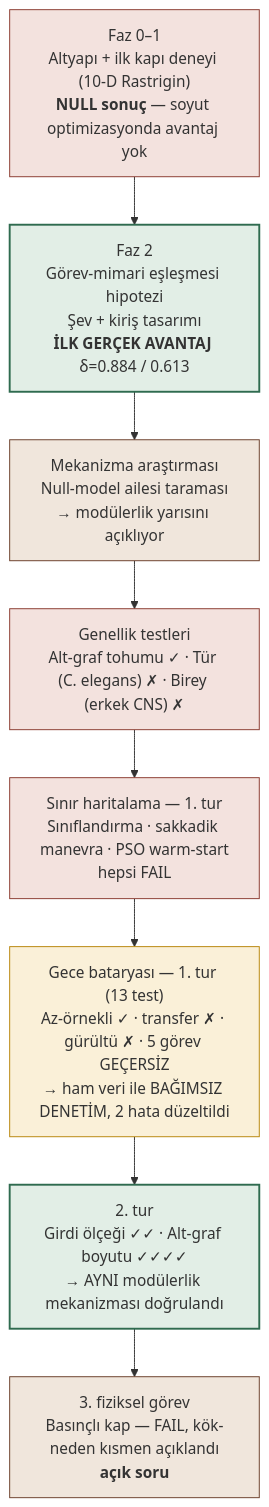
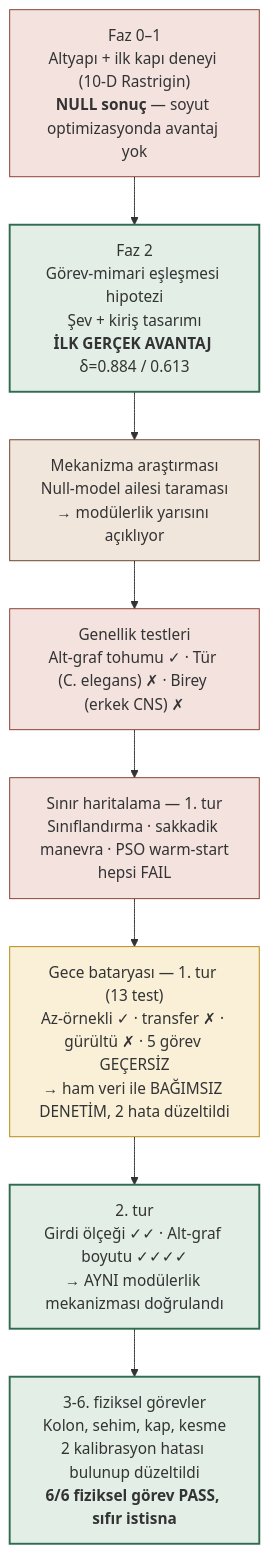
Before and after one commit to AutoPyloter/fly_op: the third of 3 diagrams in README.md, drawn with Mermaid. The commit also changed other lines of this file and 5 other files, not shown here.

First line of the commit message:
Altinci fiziksel gorev (kesme gerilmesi) n=30 dogrulandi: 6/6 fiziksel gorev artik tam resmi PASS

````diff
--- a/README.md
+++ b/README.md
@@ -278,20 +276,20 @@
 ```mermaid
 flowchart TD
     P0["Faz 0–1<br/>Altyapı + ilk kapı deneyi (10-D Rastrigin)<br/><b>NULL sonuç</b> — soyut optimizasyonda avantaj yok"]
     P2["Faz 2<br/>Görev-mimari eşleşmesi hipotezi<br/>Şev + kiriş tasarımı<br/><b>İLK GERÇEK AVANTAJ</b> δ=0.884 / 0.613"]
     P3["Mekanizma araştırması<br/>Null-model ailesi taraması<br/>→ modülerlik yarısını açıklıyor"]
     P4["Genellik testleri<br/>Alt-graf tohumu ✓ · Tür (C. elegans) ✗ · Birey (erkek CNS) ✗"]
     P5["Sınır haritalama — 1. tur<br/>Sınıflandırma · sakkadik manevra · PSO warm-start<br/>hepsi FAIL"]
     P6["Gece bataryası — 1. tur (13 test)<br/>Az-örnekli ✓ · transfer ✗ · gürültü ✗ · 5 görev GEÇERSİZ<br/>→ ham veri ile BAĞIMSIZ DENETİM, 2 hata düzeltildi"]
     P7["2. tur<br/>Girdi ölçeği ✓✓ · Alt-graf boyutu ✓✓✓✓<br/>→ AYNI modülerlik mekanizması doğrulandı"]
-    P8["3. fiziksel görev<br/>Basınçlı kap — FAIL, kök-neden kısmen açıklandı<br/><b>açık soru</b>"]
+    P8["3-6. fiziksel görevler<br/>Kolon, sehim, kap, kesme<br/>2 kalibrasyon hatası bulunup düzeltildi<br/><b>6/6 fiziksel görev PASS, sıfır istisna</b>"]
     P0 --> P2 --> P3 --> P4 --> P5 --> P6 --> P7 --> P8
     style P0 fill:#f3e2de,stroke:#8a3b30
     style P2 fill:#e2eee6,stroke:#2f6b4f,stroke-width:2px
     style P3 fill:#f0e6dc,stroke:#6b3f2a
     style P4 fill:#f3e2de,stroke:#8a3b30
     style P5 fill:#f3e2de,stroke:#8a3b30
     style P6 fill:#faf0d8,stroke:#b8860b
     style P7 fill:#e2eee6,stroke:#2f6b4f,stroke-width:2px
-    style P8 fill:#f0e6dc,stroke:#6b3f2a
+    style P8 fill:#e2eee6,stroke:#2f6b4f,stroke-width:2px
 ```
````
